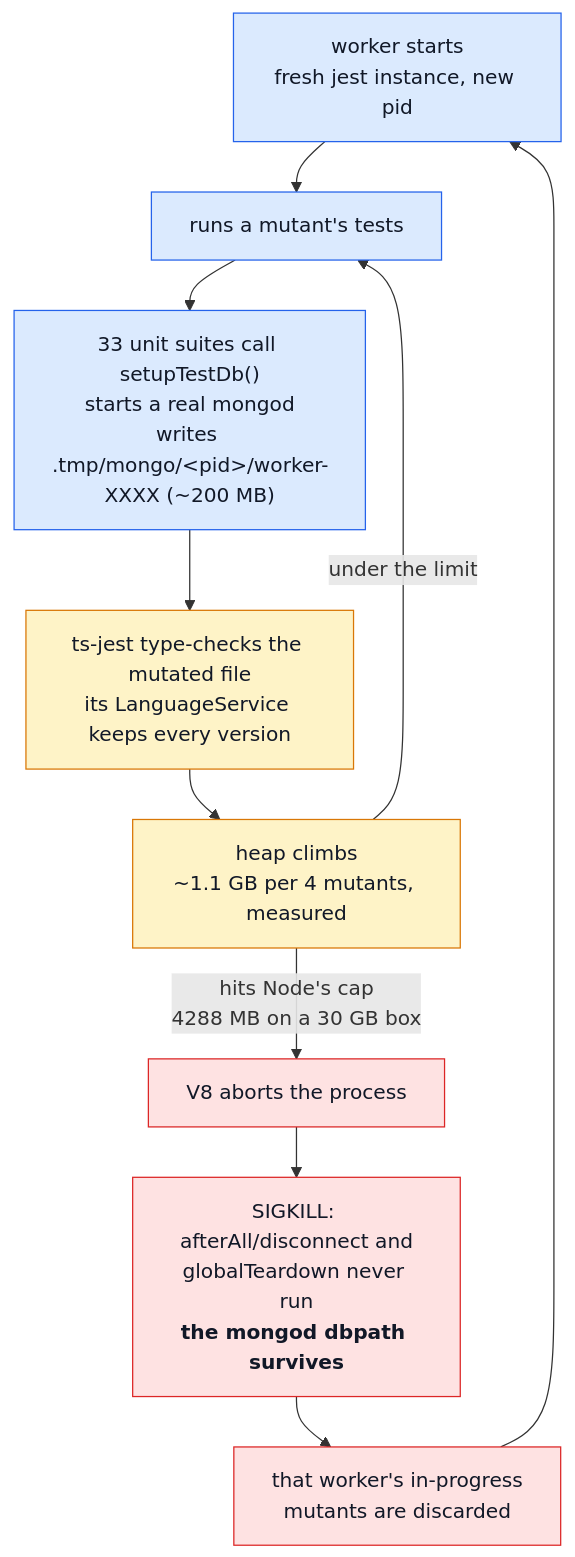
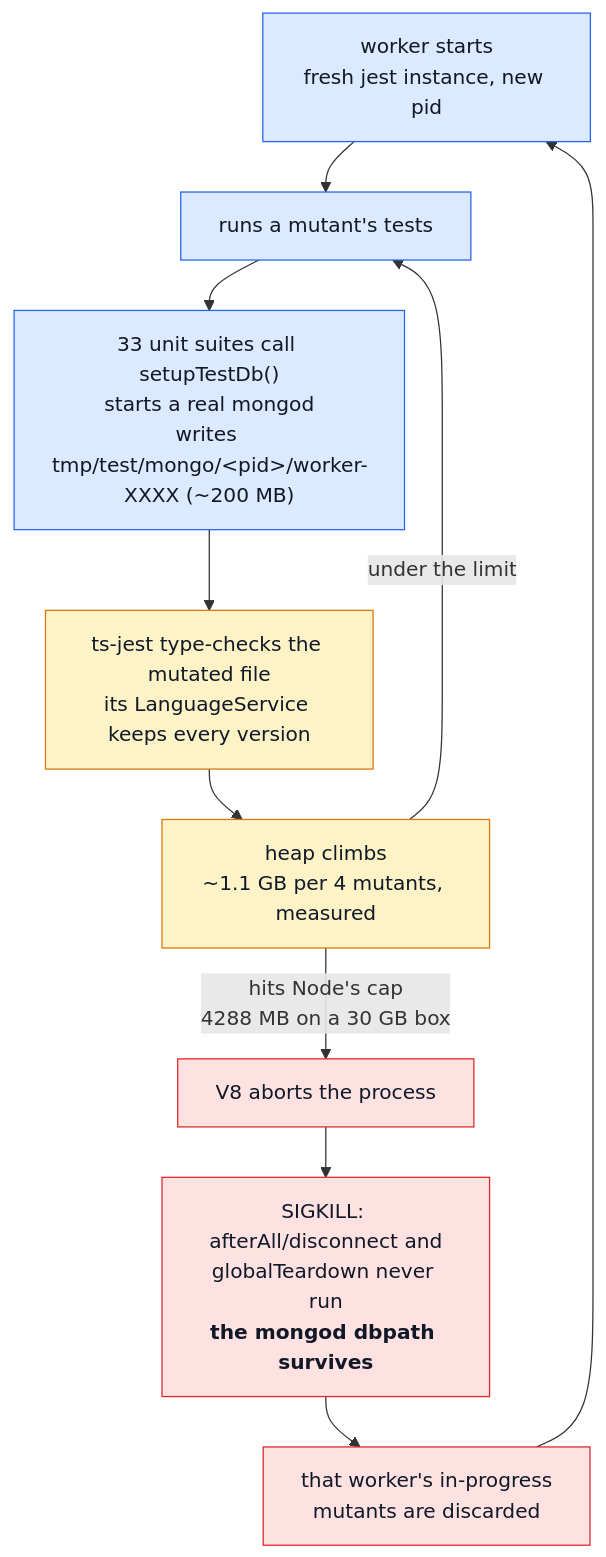
Before and after one commit to Guebbit/boilerplate-node-backend: the fourth of 8 diagrams in docs/tools/mutation-testing.md, drawn with Mermaid. The commit also changed other lines of this file and 131 other files, not shown here.

````diff
--- a/docs/tools/mutation-testing.md
+++ b/docs/tools/mutation-testing.md
@@ -361,20 +361,20 @@
 ```mermaid
 %%{init: {'flowchart': {'nodeSpacing': 40, 'rankSpacing': 40}}}%%
 flowchart TD
     START["worker starts<br/>fresh jest instance, new pid"] --> RUN["runs a mutant's tests"]
-    RUN --> DB["33 unit suites call setupTestDb()<br/>starts a real mongod<br/>writes .tmp/mongo/&lt;pid&gt;/worker-XXXX (~200 MB)"]
+    RUN --> DB["33 unit suites call setupTestDb()<br/>starts a real mongod<br/>writes tmp/test/mongo/&lt;pid&gt;/worker-XXXX (~200 MB)"]
     DB --> KEEP["ts-jest type-checks the mutated file<br/>its LanguageService keeps every version"]
     KEEP --> GROW["heap climbs<br/>~1.1 GB per 4 mutants, measured"]
     GROW -->|"under the limit"| RUN
     GROW -->|"hits Node's cap<br/>4288 MB on a 30 GB box"| OOM["V8 aborts the process"]
     OOM --> STRAND["SIGKILL: afterAll/disconnect and<br/>globalTeardown never run<br/><b>the mongod dbpath survives</b>"]
     STRAND --> LOST["that worker's in-progress<br/>mutants are discarded"]
     LOST --> START
 
     classDef ok fill:#dbeafe,stroke:#2563eb,color:#111827;
     classDef warn fill:#fef3c7,stroke:#d97706,color:#111827;
     classDef bad fill:#fee2e2,stroke:#dc2626,color:#111827;
     class START,RUN,DB ok;
     class KEEP,GROW warn;
     class OOM,STRAND,LOST bad;
 ```
````
